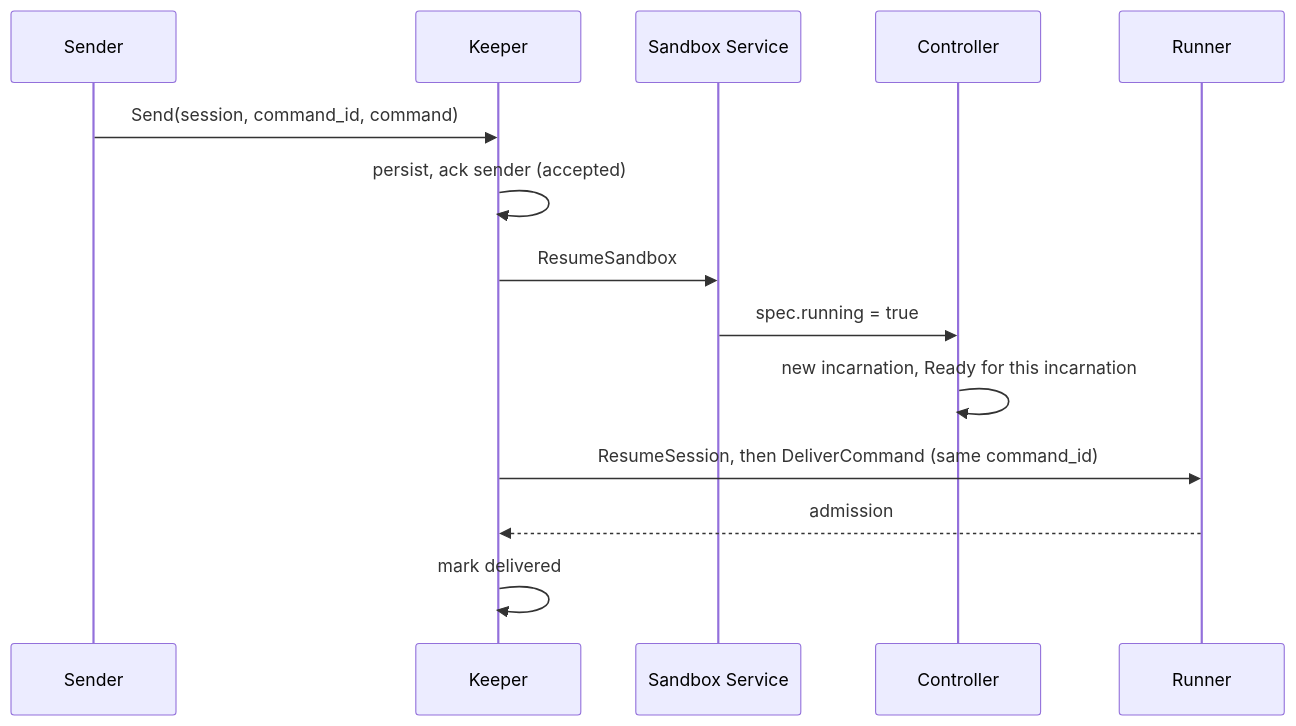
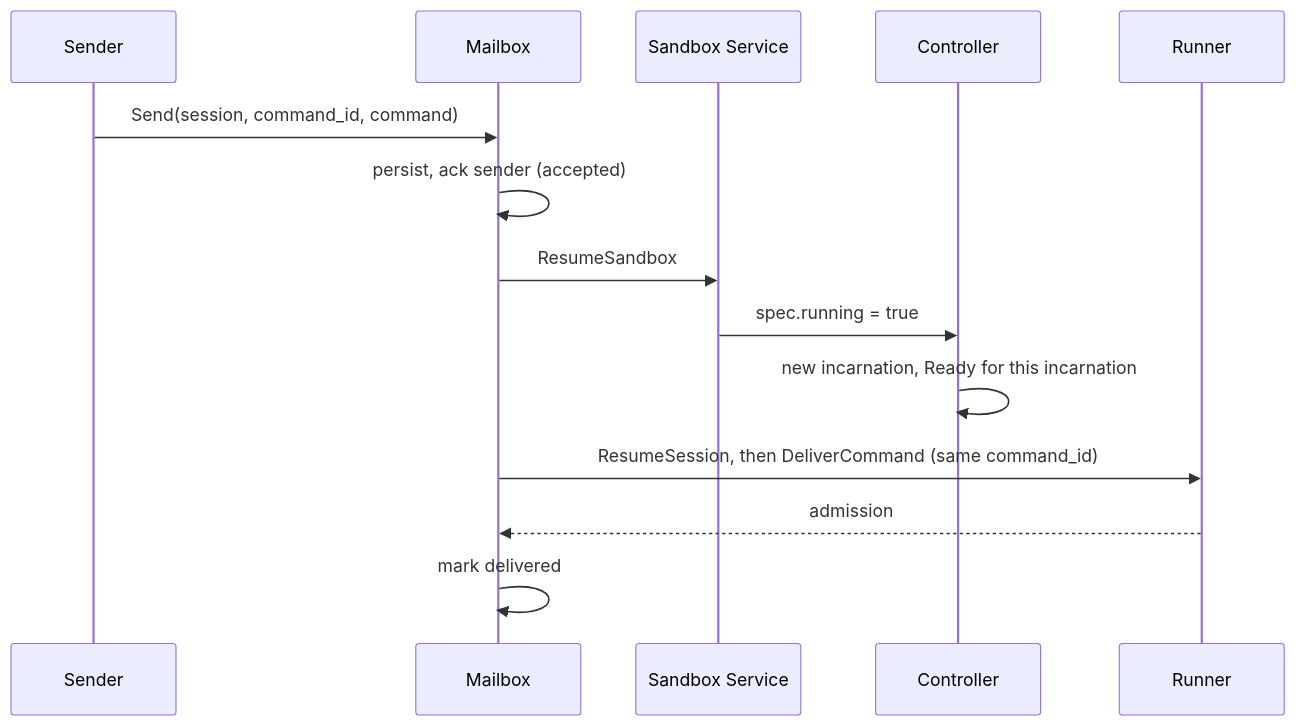
Before and after one commit to agentydragon/ducktape: the third of 3 diagrams in agentplane/docs/adr_sandbox_session_control.md, drawn with Mermaid. The commit also changed other lines of this file, not shown here.

````diff
--- a/agentplane/docs/adr_sandbox_session_control.md
+++ b/agentplane/docs/adr_sandbox_session_control.md
@@ -300,16 +324,16 @@
 ```mermaid
 sequenceDiagram
     participant S as Sender
-    participant K as Keeper
+    participant K as Mailbox
     participant SS as Sandbox Service
     participant C as Controller
     participant R as Runner
     S->>K: Send(session, command_id, command)
     K->>K: persist, ack sender (accepted)
     K->>SS: ResumeSandbox
     SS->>C: spec.running = true
     C->>C: new incarnation, Ready for this incarnation
     K->>R: ResumeSession, then DeliverCommand (same command_id)
     R-->>K: admission
     K->>K: mark delivered
 ```
````
